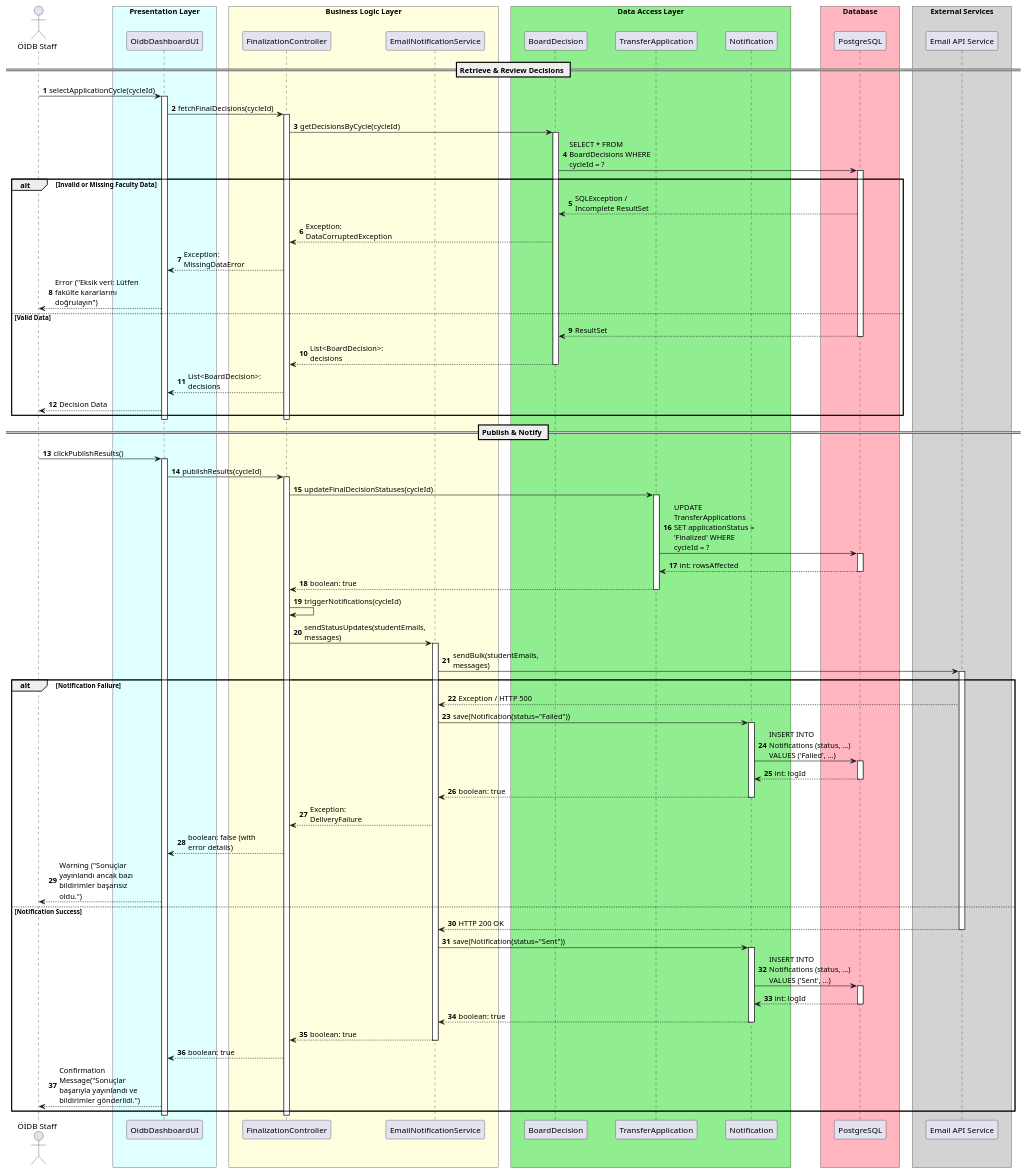
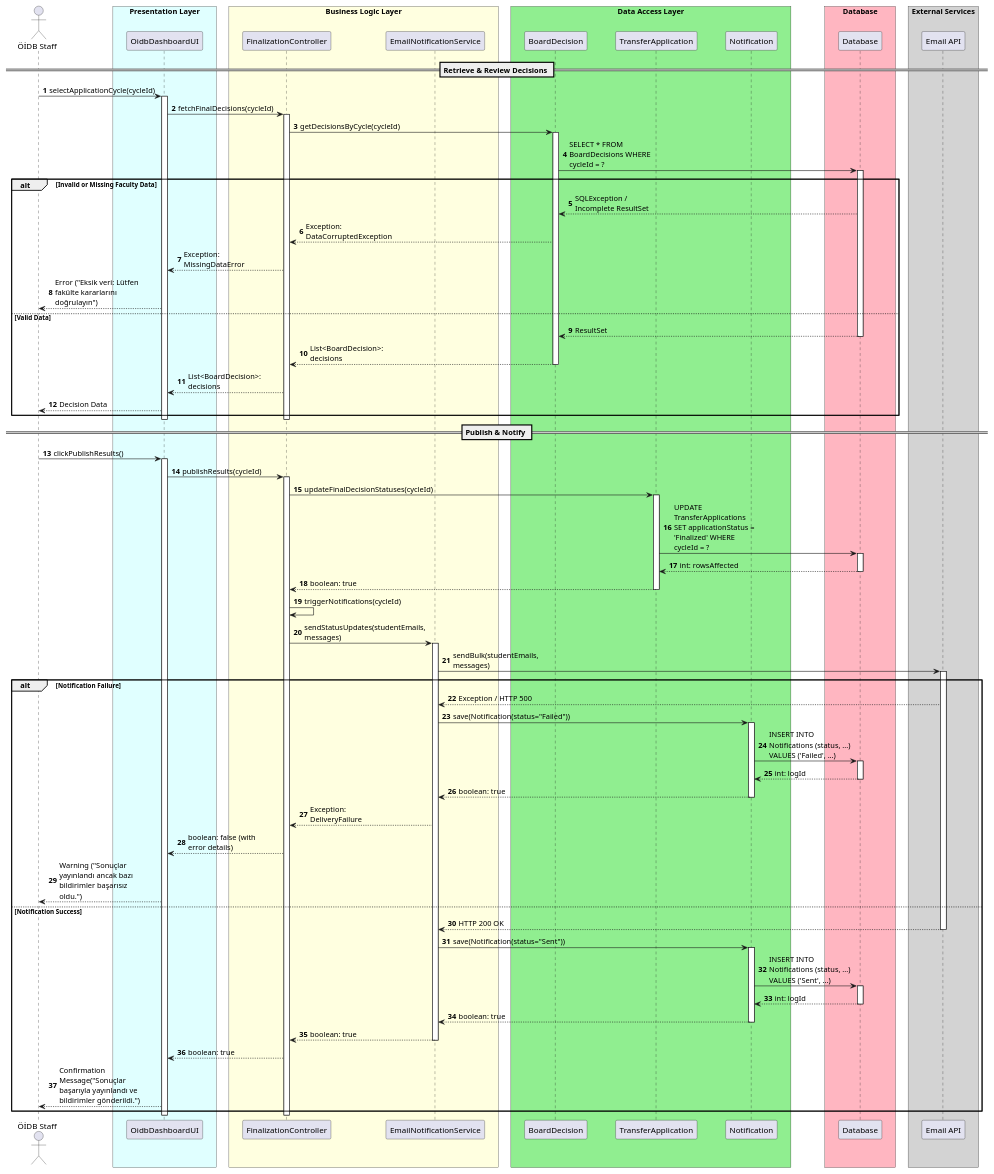
One commit to UTMS-G02/utms changed the diagram in docs/uml/uc-6.puml. Above: the diagram before and after it, drawn with PlantUML. The commit also changed 1 other file, not shown here.

```diff
--- a/docs/uml/uc-6.puml
+++ b/docs/uml/uc-6.puml
@@ -1,129 +1,129 @@
 @startuml uc-6
 autonumber
 skinparam maxMessageSize 150
 skinparam ParticipantPadding 20
 skinparam BoxPadding 10
 
 actor "ÖİDB Staff" as Staff
 
 box "Presentation Layer" #LightCyan
 participant "OidbDashboardUI" as UI
 end box
 
 box "Business Logic Layer" #LightYellow
 participant "FinalizationController" as Controller
 participant "EmailNotificationService" as EmailService
 end box
 
 box "Data Access Layer" #LightGreen
 participant "BoardDecision" as DecisionDB
 participant "TransferApplication" as AppDB
 participant "Notification" as LogDB
 end box
 
 box "Database" #LightPink
-participant "PostgreSQL" as DB
+participant "Database" as DB
 end box
 
 box "External Services" #LightGray
-participant "Email API Service" as ExternalEmail
+participant "Email API" as ExternalEmail
 end box
 
 == Retrieve & Review Decisions ==
 
 Staff -> UI: selectApplicationCycle(cycleId)
 activate UI
 
 UI -> Controller: fetchFinalDecisions(cycleId)
 activate Controller
 
 Controller -> DecisionDB: getDecisionsByCycle(cycleId)
 activate DecisionDB
 
 DecisionDB -> DB: SELECT * FROM BoardDecisions WHERE cycleId = ?
 activate DB
 
 alt Invalid or Missing Faculty Data 
     DB --> DecisionDB: SQLException / Incomplete ResultSet
     DecisionDB --> Controller: Exception: DataCorruptedException
     Controller --> UI: Exception: MissingDataError
     UI --> Staff: Error ("Eksik veri: Lütfen fakülte kararlarını doğrulayın")
 else Valid Data
     DB --> DecisionDB: ResultSet
     deactivate DB
     
     DecisionDB --> Controller: List<BoardDecision>: decisions
     deactivate DecisionDB
     
     Controller --> UI: List<BoardDecision>: decisions
     UI --> Staff: Decision Data
 end
 
 deactivate Controller
 deactivate UI
 
 == Publish & Notify ==
 
 Staff -> UI: clickPublishResults()
 activate UI
 
 UI -> Controller: publishResults(cycleId)
 activate Controller
 
 Controller -> AppDB: updateFinalDecisionStatuses(cycleId)
 activate AppDB
 
 AppDB -> DB: UPDATE TransferApplications SET applicationStatus = 'Finalized' WHERE cycleId = ?
 activate DB
 DB --> AppDB: int: rowsAffected
 deactivate DB
 
 AppDB --> Controller: boolean: true
 deactivate AppDB
 
 Controller -> Controller: triggerNotifications(cycleId)
 Controller -> EmailService: sendStatusUpdates(studentEmails, messages)
 activate EmailService
 
 EmailService -> ExternalEmail: sendBulk(studentEmails, messages)
 activate ExternalEmail
 
 alt Notification Failure 
     ExternalEmail --> EmailService: Exception / HTTP 500
     
     EmailService -> LogDB: save(Notification(status="Failed"))
     activate LogDB
     LogDB -> DB: INSERT INTO Notifications (status, ...) VALUES ('Failed', ...)
     activate DB
     DB --> LogDB: int: logId
     deactivate DB
     LogDB --> EmailService: boolean: true
     deactivate LogDB
     
     EmailService --> Controller: Exception: DeliveryFailure
     Controller --> UI: boolean: false (with error details)
     UI --> Staff: Warning ("Sonuçlar yayınlandı ancak bazı bildirimler başarısız oldu.")
 else Notification Success
     ExternalEmail --> EmailService: HTTP 200 OK
     deactivate ExternalEmail
     
     EmailService -> LogDB: save(Notification(status="Sent"))
     activate LogDB
     LogDB -> DB: INSERT INTO Notifications (status, ...) VALUES ('Sent', ...)
     activate DB
     DB --> LogDB: int: logId
     deactivate DB
     LogDB --> EmailService: boolean: true
     deactivate LogDB
     
     EmailService --> Controller: boolean: true
     deactivate EmailService
     
     Controller --> UI: boolean: true
     UI --> Staff: Confirmation Message("Sonuçlar başarıyla yayınlandı ve bildirimler gönderildi.")
 end
 
 deactivate Controller
 deactivate UI
 
 @enduml
```
